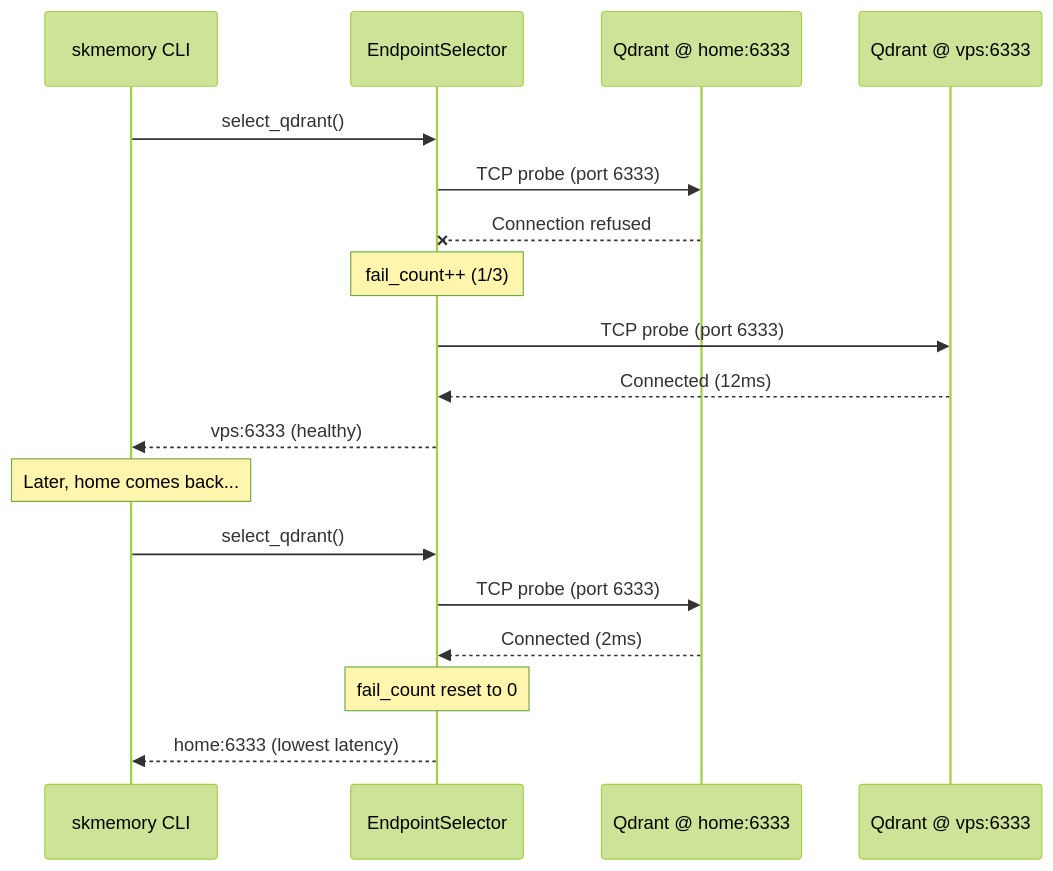
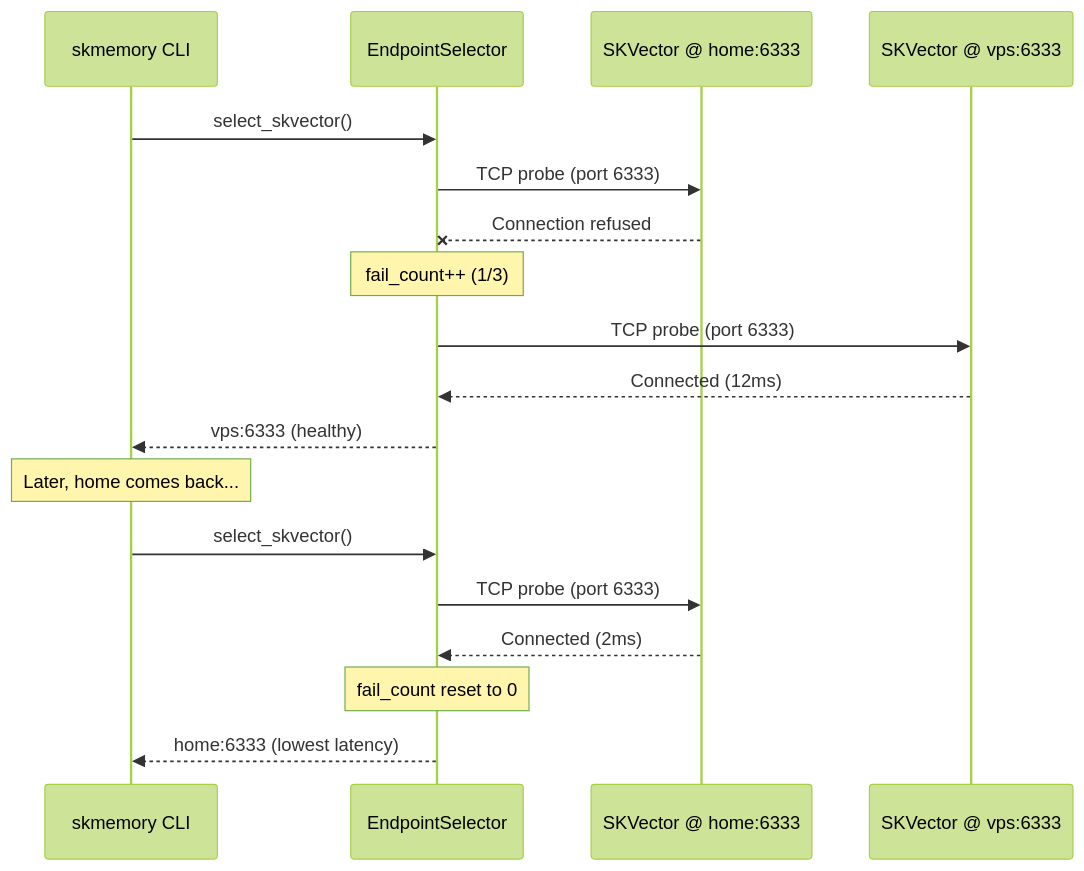
The third of 4 diagrams in skmemory/HA.md (smilinTux/skmemory), drawn with Mermaid (forest theme) before and after one commit. The commit also changed other lines of this file and 31 other files, not shown here.

````diff
--- a/skmemory/HA.md
+++ b/skmemory/HA.md
@@ -65,22 +65,22 @@
 ```mermaid
 sequenceDiagram
     participant CLI as skmemory CLI
     participant ES as EndpointSelector
-    participant A as Qdrant @ home:6333
-    participant B as Qdrant @ vps:6333
+    participant A as SKVector @ home:6333
+    participant B as SKVector @ vps:6333
 
-    CLI->>ES: select_qdrant()
+    CLI->>ES: select_skvector()
     ES->>A: TCP probe (port 6333)
     A--xES: Connection refused
     Note over ES: fail_count++ (1/3)
     ES->>B: TCP probe (port 6333)
     B-->>ES: Connected (12ms)
     ES-->>CLI: vps:6333 (healthy)
 
     Note over CLI: Later, home comes back...
-    CLI->>ES: select_qdrant()
+    CLI->>ES: select_skvector()
     ES->>A: TCP probe (port 6333)
     A-->>ES: Connected (2ms)
     Note over ES: fail_count reset to 0
     ES-->>CLI: home:6333 (lowest latency)
 ```
````
